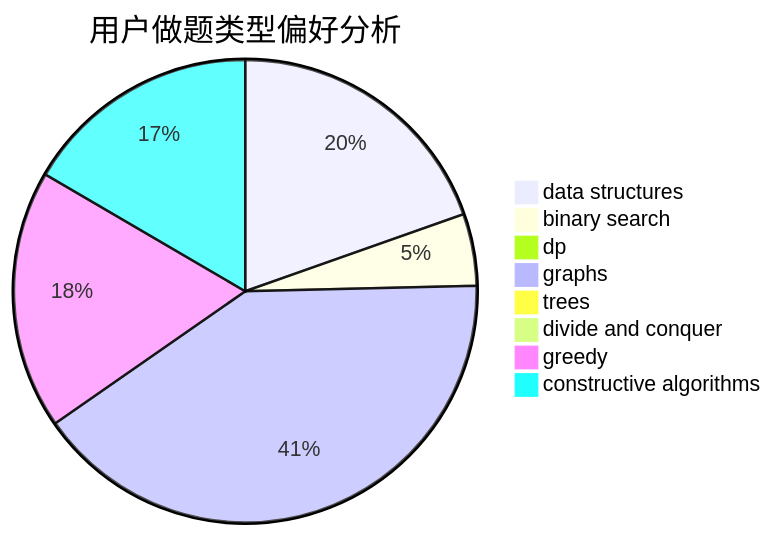
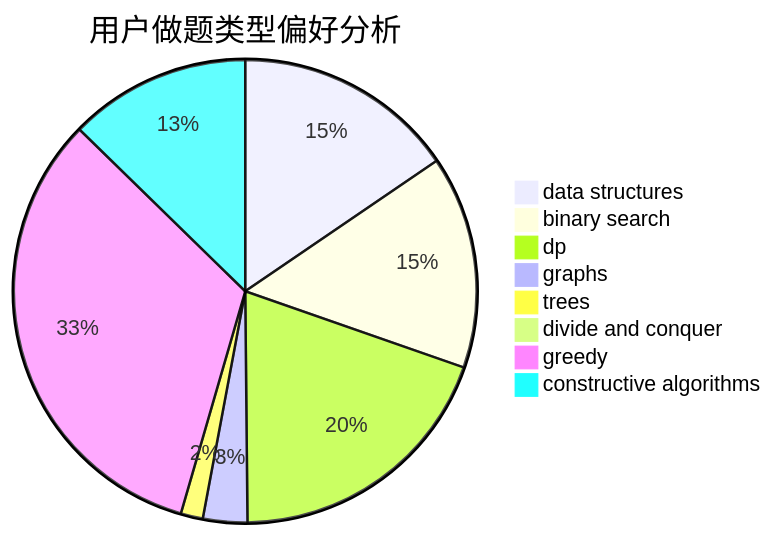
One commit to sherpahu/cfrs.github.io changed the second of 3 diagrams in docs/user/u1046.md. Above: the diagram before and after it, drawn with Mermaid. The commit also changed other lines of this file and 2770 other files, not shown here.

````diff
--- a/docs/user/u1046.md
+++ b/docs/user/u1046.md
@@ -23,11 +23,11 @@
 ```mermaid
 pie title 用户做题类型偏好分析
-    "data structures" :  39
-    "binary search" :  10
-    "dp" :  0
-    "graphs" :  81
-    "trees" :  0
+    "data structures" :  50
+    "binary search" :  48
+    "dp" :  63
+    "graphs" :  10
+    "trees" :  5
     "divide and conquer" :  0
-    "greedy" :  36
-    "constructive algorithms" :  33
+    "greedy" :  106
+    "constructive algorithms" :  41
 ```
````
